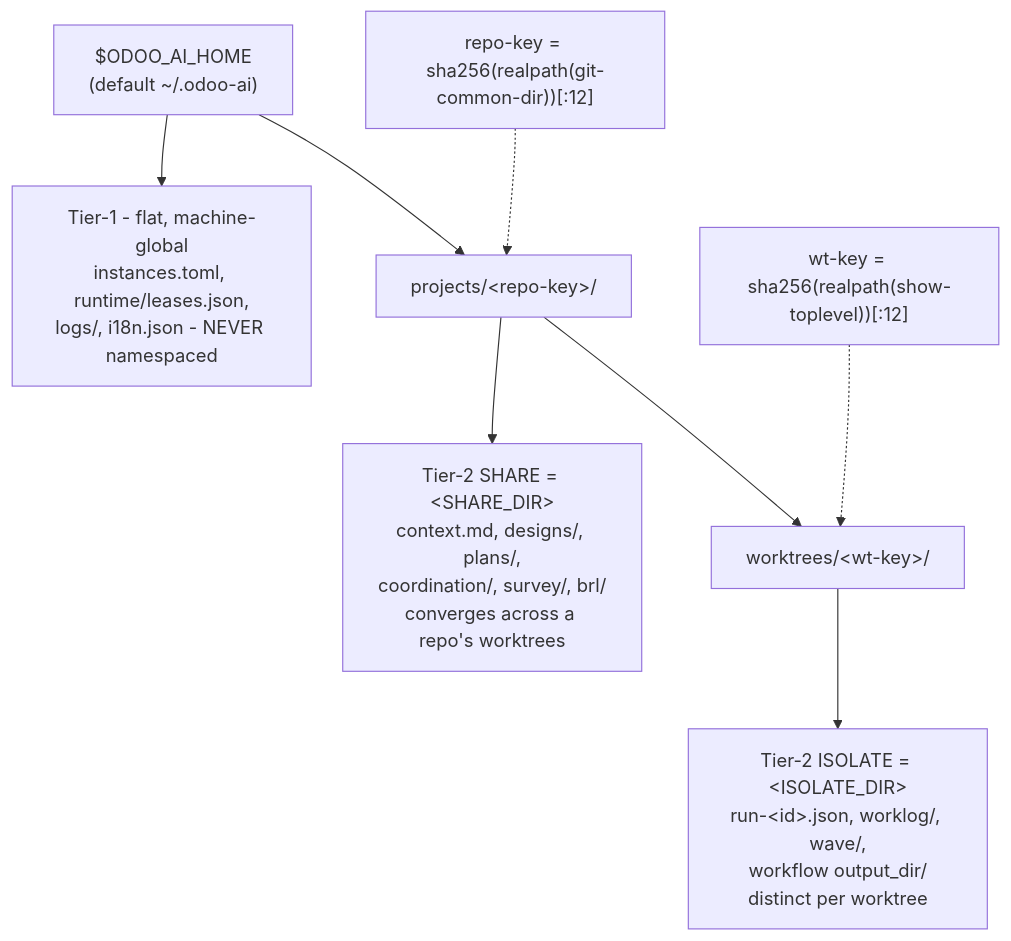
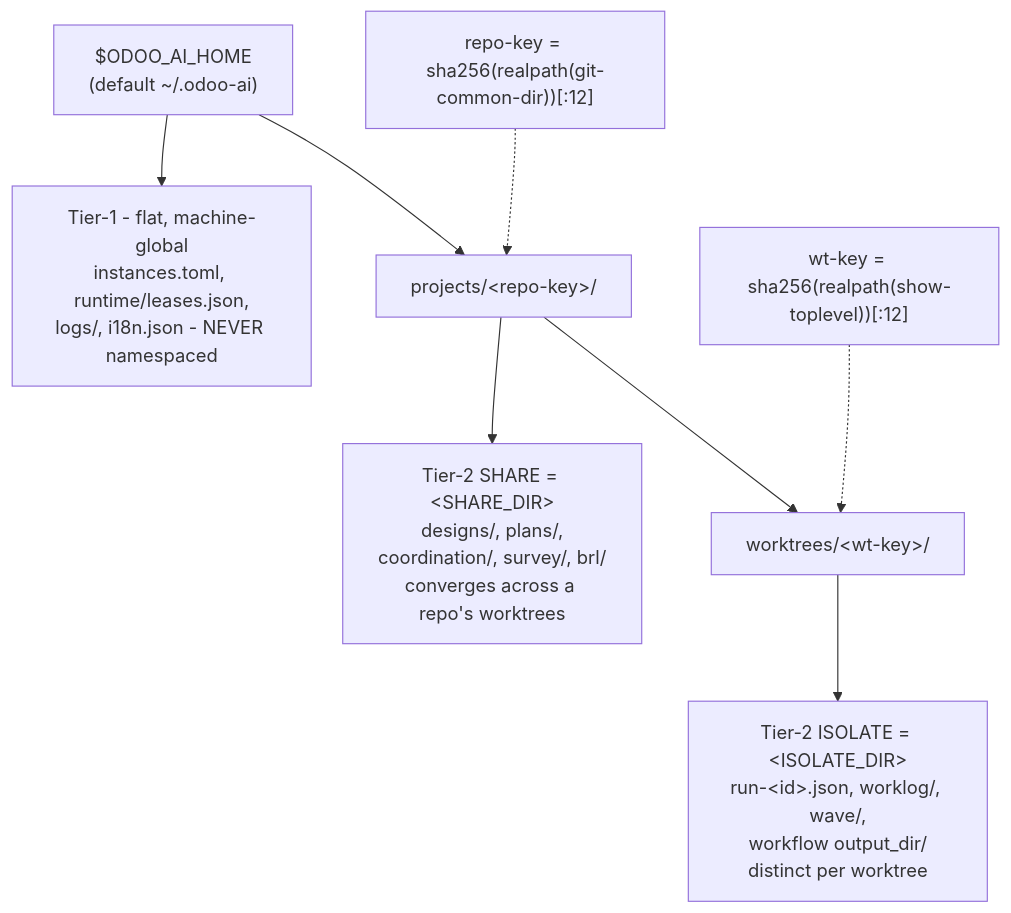
Before and after one commit to Viindoo/odoo-mcp-client: the ninth of 9 diagrams in plugins/odoo-ai-agents/README.md, drawn with Mermaid. The commit also changed other lines of this file and 154 other files, not shown here.

````diff
--- a/plugins/odoo-ai-agents/README.md
+++ b/plugins/odoo-ai-agents/README.md
@@ -839,12 +843,12 @@
 ```mermaid
 flowchart TD
     HOME["$ODOO_AI_HOME<br/>(default ~/.odoo-ai)"]
     HOME --> T1["Tier-1 - flat, machine-global<br/>instances.toml, runtime/leases.json,<br/>logs/, i18n.json - NEVER namespaced"]
     HOME --> PROJ["projects/&lt;repo-key&gt;/"]
-    PROJ --> SHARE["Tier-2 SHARE = &lt;SHARE_DIR&gt;<br/>context.md, designs/, plans/,<br/>coordination/, survey/, brl/<br/>converges across a repo's worktrees"]
+    PROJ --> SHARE["Tier-2 SHARE = &lt;SHARE_DIR&gt;<br/>designs/, plans/,<br/>coordination/, survey/, brl/<br/>converges across a repo's worktrees"]
     PROJ --> WT["worktrees/&lt;wt-key&gt;/"]
     WT --> ISO["Tier-2 ISOLATE = &lt;ISOLATE_DIR&gt;<br/>run-&lt;id&gt;.json, worklog/, wave/,<br/>workflow output_dir/<br/>distinct per worktree"]
 
     REPOKEY["repo-key = sha256(realpath(git-common-dir))[:12]"] -.-> PROJ
     WTKEY["wt-key = sha256(realpath(show-toplevel))[:12]"] -.-> WT
 ```
````
